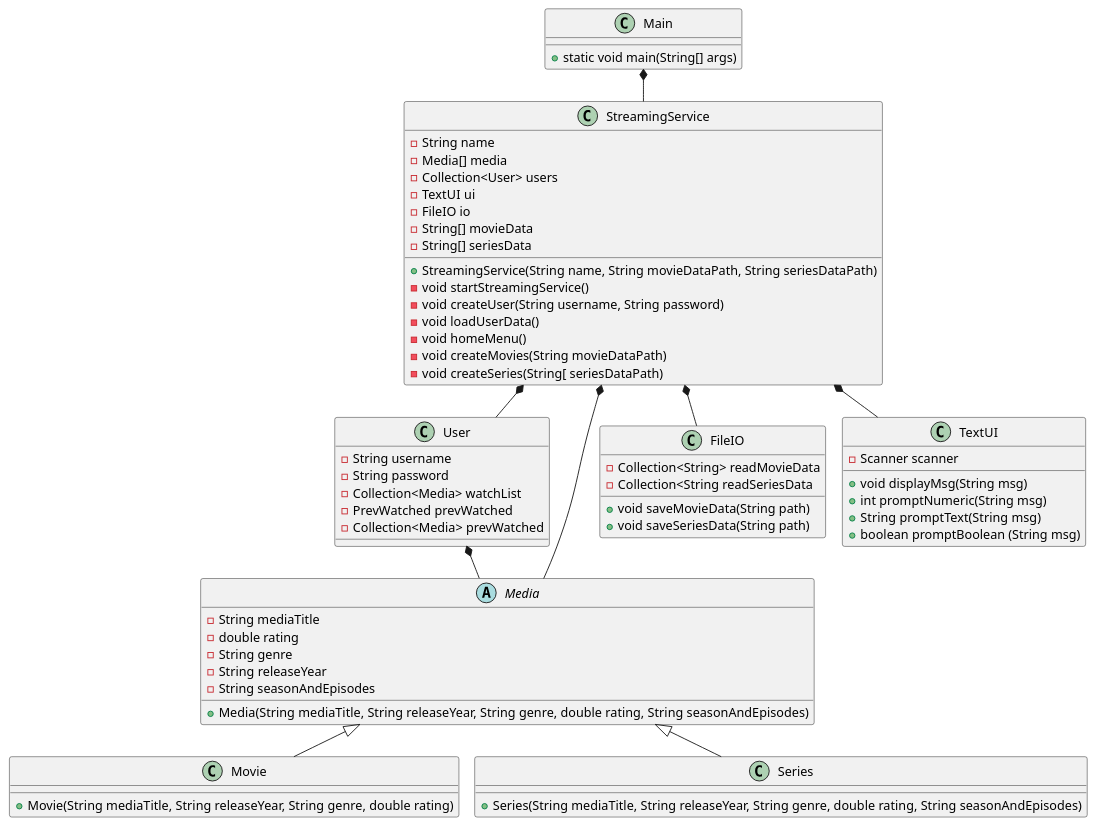
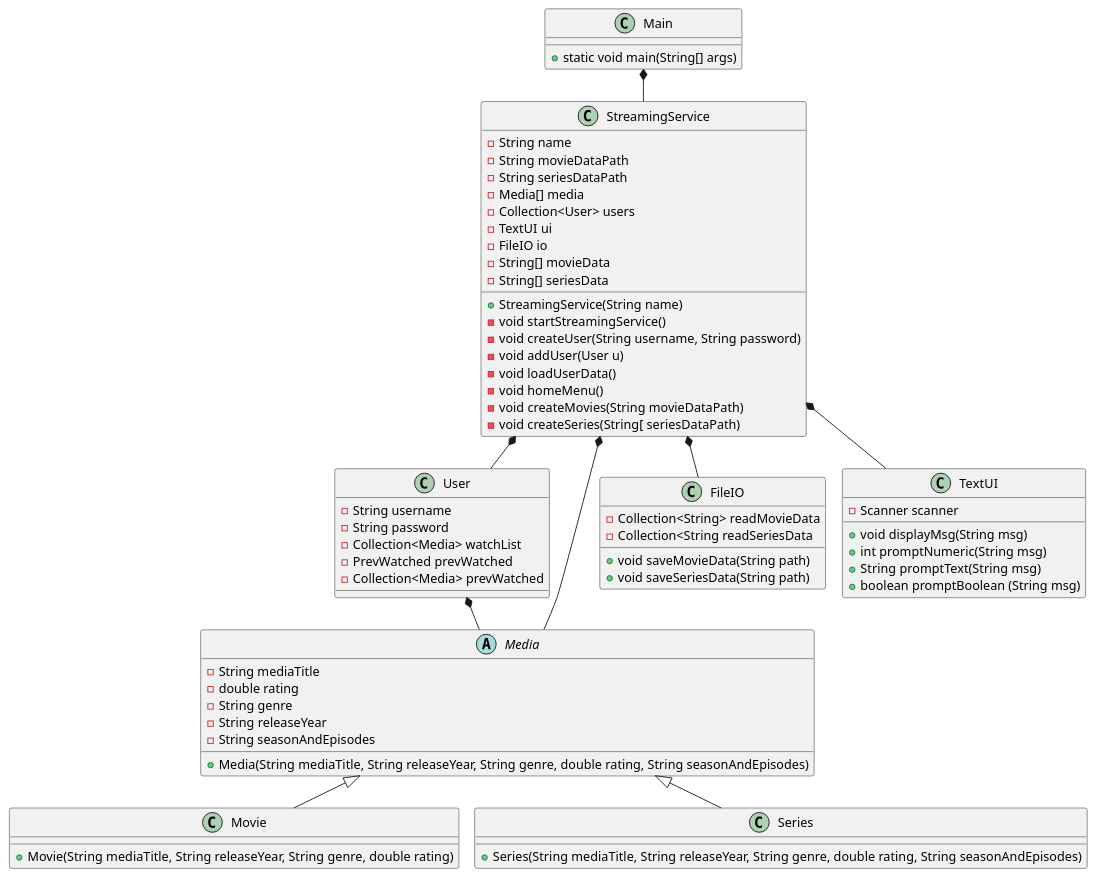
Before and after one commit to EmilDagsberg/SP3: the diagram in doc/classdiagram/classdiagram_v1.puml, drawn with PlantUML. The commit also changed 1 other file, not shown here.

```diff
--- a/doc/classdiagram/classdiagram_v1.puml
+++ b/doc/classdiagram/classdiagram_v1.puml
@@ -1,79 +1,82 @@
 @startuml
 !pragma layout smetana
 
 class Main {
 + static void main(String[] args)
 }
 
 class StreamingService{
 - String name
+- String movieDataPath
+- String seriesDataPath
 - Media[] media
 - Collection<User> users
 - TextUI ui
 - FileIO io
 - String[] movieData
 - String[] seriesData
-+ StreamingService(String name, String movieDataPath, String seriesDataPath)
++ StreamingService(String name)
 - void startStreamingService()
 - void createUser(String username, String password)
+- void addUser(User u)
 - void loadUserData()
 - void homeMenu()
 - void createMovies(String movieDataPath)
 - void createSeries(String[ seriesDataPath)
 
 }
 
 class User {
 - String username
 - String password
 - Collection<Media> watchList
 - PrevWatched prevWatched
 - Collection<Media> prevWatched
 
 }
 
 
 abstract class Media{
 - String mediaTitle
 - double rating
 - String genre
 - String releaseYear
 - String seasonAndEpisodes
 +Media(String mediaTitle, String releaseYear, String genre, double rating, String seasonAndEpisodes)
 }
 
 class Movie{
 + Movie(String mediaTitle, String releaseYear, String genre, double rating)
 'metode der loader liste over film?
 
 }
 
 class Series{
 +Series(String mediaTitle, String releaseYear, String genre, double rating, String seasonAndEpisodes)
 'metode der loader liste over serier?
 }
 
 class FileIO {
 - Collection<String> readMovieData
 - Collection<String readSeriesData
 + void saveMovieData(String path)
 + void saveSeriesData(String path)
 }
 
 class TextUI {
 - Scanner scanner
 + void displayMsg(String msg)
 + int promptNumeric(String msg)
 + String promptText(String msg)
 + boolean promptBoolean (String msg)
 }
 
 Main *-- StreamingService
 StreamingService *-- User
 StreamingService *-- FileIO
 StreamingService *-- TextUI
 Media <|-- Movie
 Media <|-- Series
 StreamingService *-- Media
 User *-- Media
 @enduml
```
